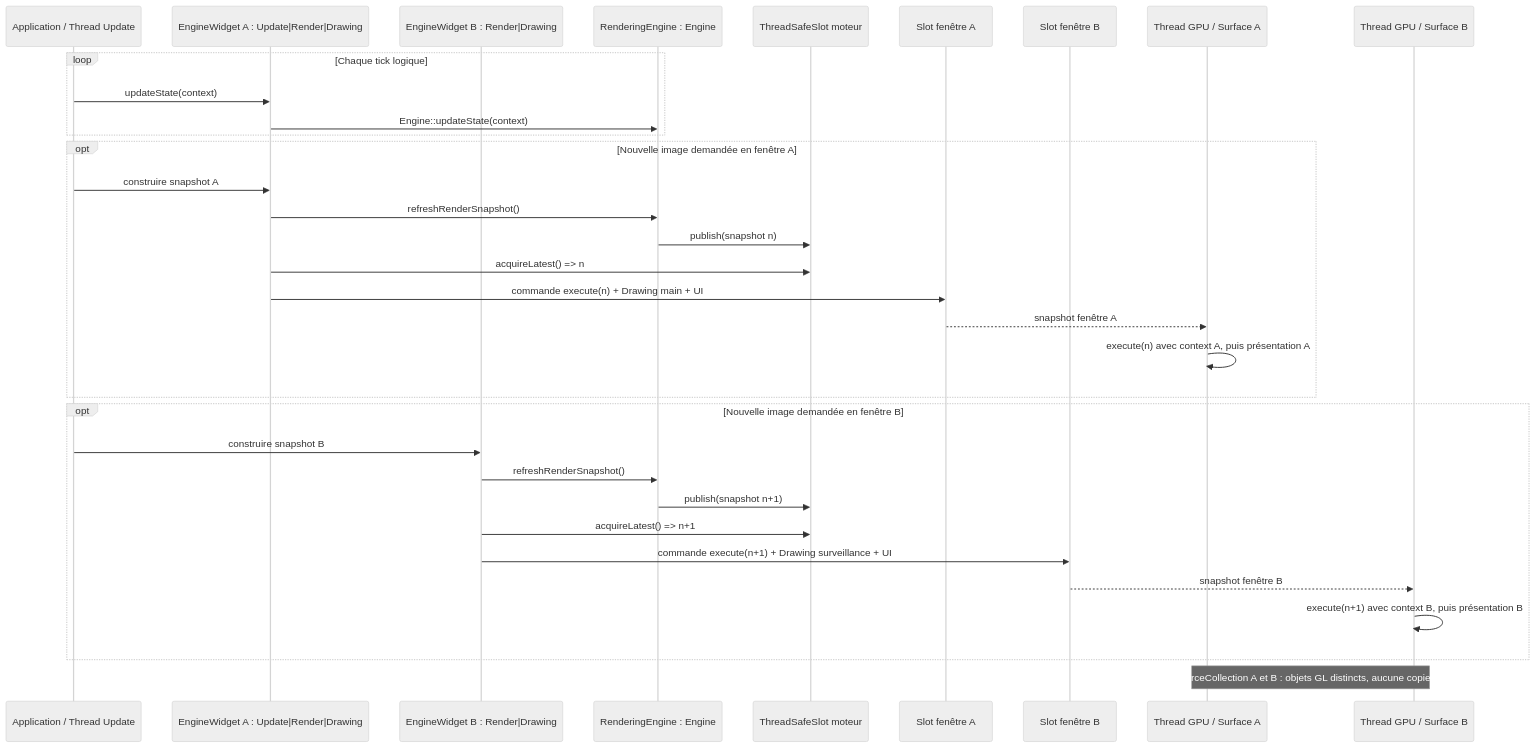
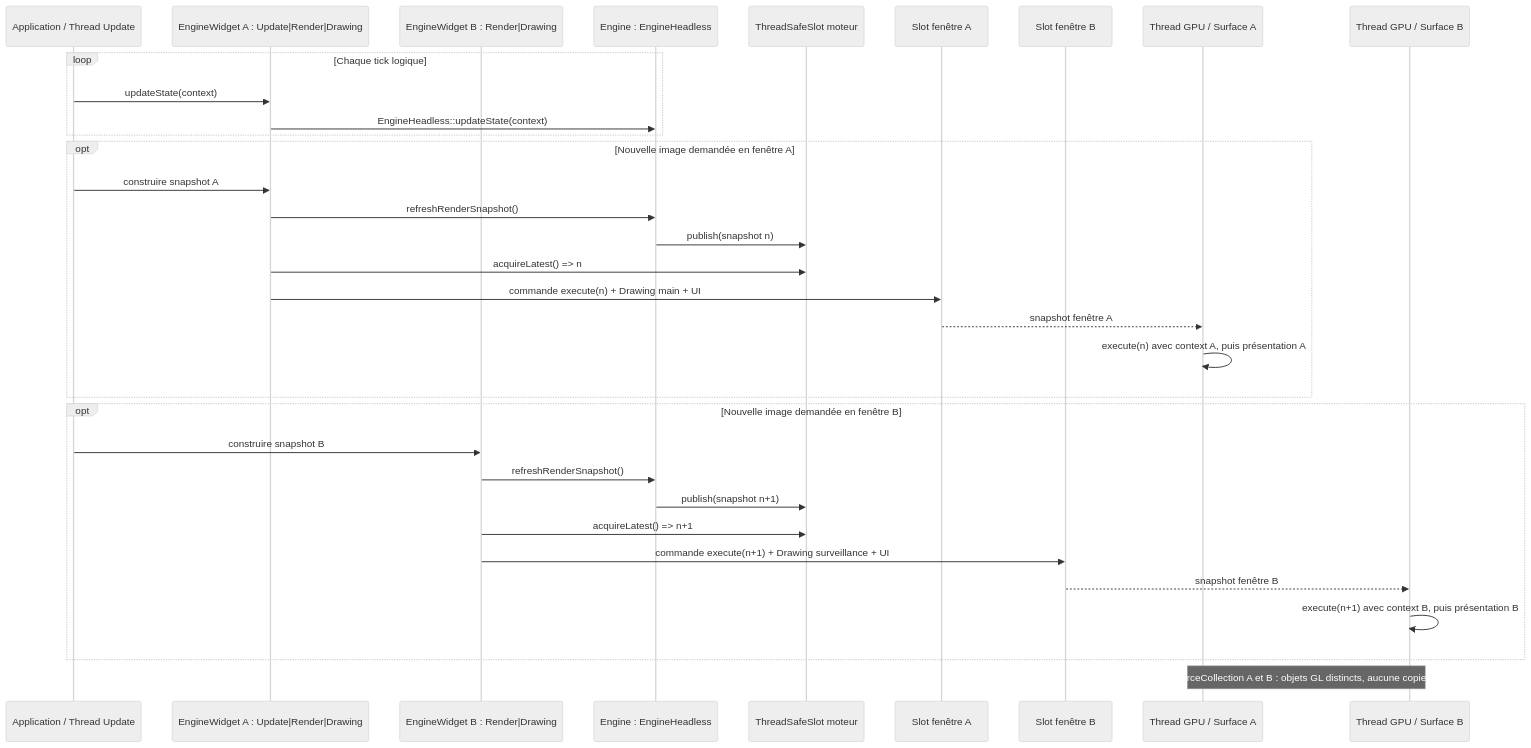
Before and after one commit to EreliaStudio/Sparkle: the sixth of 10 diagrams in docs/voxel-engine-v0.1.4/07-vues-et-passes.md, drawn with Mermaid (neutral theme). The commit also changed other lines of this file and 46 other files, not shown here.

Commit message:
PR09: align Engine and EngineHeadless names with Model3D conventions

````diff
--- a/docs/voxel-engine-v0.1.4/07-vues-et-passes.md
+++ b/docs/voxel-engine-v0.1.4/07-vues-et-passes.md
@@ -413,35 +413,35 @@
 ```mermaid
 sequenceDiagram
   participant U as Application / Thread Update
   participant A as EngineWidget A : Update|Render|Drawing
   participant B as EngineWidget B : Render|Drawing
-  participant E as RenderingEngine : Engine
+  participant E as Engine : EngineHeadless
   participant S as ThreadSafeSlot moteur
   participant SA as Slot fenêtre A
   participant SB as Slot fenêtre B
   participant GA as Thread GPU / Surface A
   participant GB as Thread GPU / Surface B
   loop Chaque tick logique
     U->>A: updateState(context)
-    A->>E: Engine::updateState(context)
+    A->>E: EngineHeadless::updateState(context)
   end
   opt Nouvelle image demandée en fenêtre A
     U->>A: construire snapshot A
     A->>E: refreshRenderSnapshot()
     E->>S: publish(snapshot n)
     A->>S: acquireLatest() => n
     A->>SA: commande execute(n) + Drawing main + UI
     SA-->>GA: snapshot fenêtre A
     GA->>GA: execute(n) avec context A, puis présentation A
   end
   opt Nouvelle image demandée en fenêtre B
     U->>B: construire snapshot B
     B->>E: refreshRenderSnapshot()
     E->>S: publish(snapshot n+1)
     B->>S: acquireLatest() => n+1
     B->>SB: commande execute(n+1) + Drawing surveillance + UI
     SB-->>GB: snapshot fenêtre B
     GB->>GB: execute(n+1) avec context B, puis présentation B
   end
   Note over GA,GB: GPUResourceCollection A et B : objets GL distincts, aucune copie des pixels.
 ```
````
